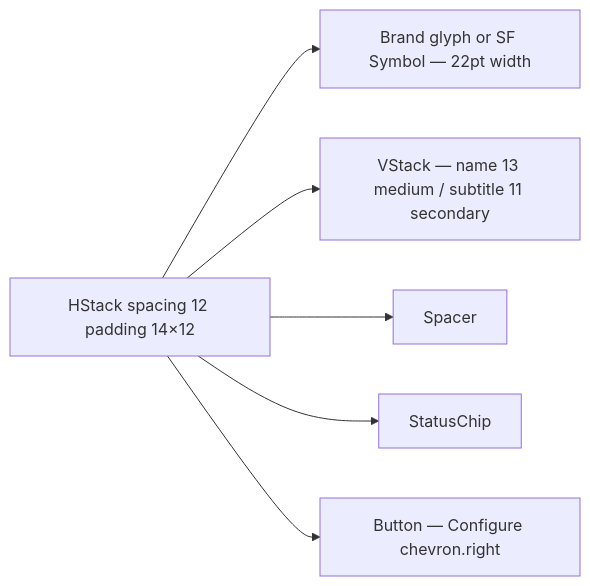
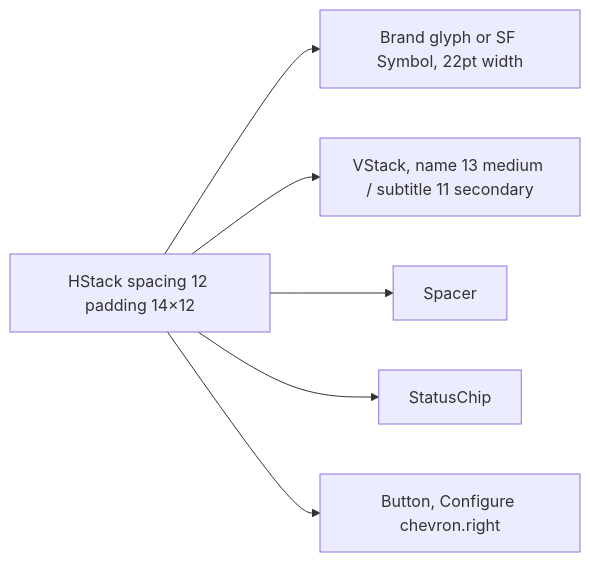
Before and after one commit to MrDemonWolf/WolfWave: the second of 2 diagrams in design-system/components/integration-dashboard-view.md, drawn with Mermaid. The commit also changed other lines of this file and 152 other files, not shown here.

````diff
--- a/design-system/components/integration-dashboard-view.md
+++ b/design-system/components/integration-dashboard-view.md
@@ -62,8 +62,8 @@
 ```mermaid
 graph LR
-  Row[HStack spacing 12 padding 14×12] --> Icon[Brand glyph or SF Symbol — 22pt width]
-  Row --> Text[VStack — name 13 medium / subtitle 11 secondary]
+  Row[HStack spacing 12 padding 14×12] --> Icon[Brand glyph or SF Symbol, 22pt width]
+  Row --> Text[VStack, name 13 medium / subtitle 11 secondary]
   Row --> Spacer
   Row --> Chip[StatusChip]
-  Row --> Configure[Button — Configure chevron.right]
+  Row --> Configure[Button, Configure chevron.right]
 ```
````
